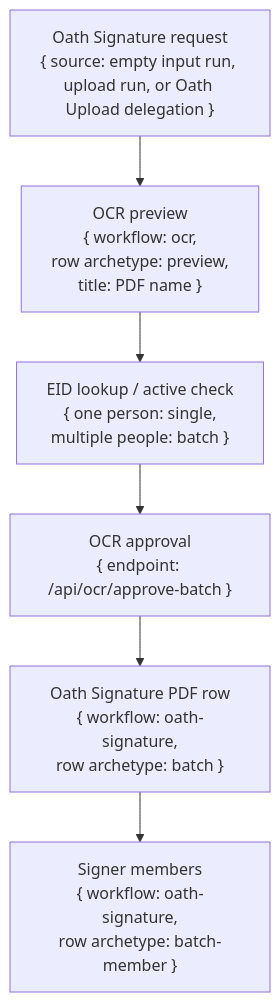
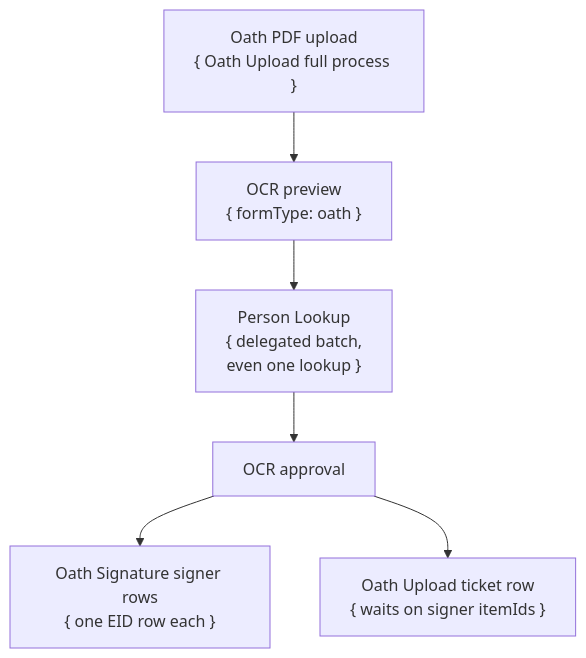
The diagram in docs/workflow/oath-signature.md (julianthant/hr-automation), drawn with Mermaid before and after one commit. The commit also changed other lines of this file and 10 other files, not shown here.

````diff
--- a/docs/workflow/oath-signature.md
+++ b/docs/workflow/oath-signature.md
@@ -40,9 +11,8 @@
 ```mermaid
 flowchart TD
-  A["Oath Signature request<br/>{ source: empty input run, upload run, or Oath Upload delegation }"]
-  A --> B["OCR preview<br/>{ workflow: ocr,<br/>row archetype: preview,<br/>title: PDF name }"]
-  B --> C["EID lookup / active check<br/>{ one person: single,<br/>multiple people: batch }"]
-  C --> D["OCR approval<br/>{ endpoint: /api/ocr/approve-batch }"]
-  D --> E["Oath Signature PDF row<br/>{ workflow: oath-signature,<br/>row archetype: batch }"]
-  E --> F["Signer members<br/>{ workflow: oath-signature,<br/>row archetype: batch-member }"]
+  A["Oath PDF upload<br/>{ Oath Upload full process }"] --> B["OCR preview<br/>{ formType: oath }"]
+  B --> C["Person Lookup<br/>{ delegated batch,<br/>even one lookup }"]
+  C --> D["OCR approval"]
+  D --> E["Oath Signature signer rows<br/>{ one EID row each }"]
+  D --> F["Oath Upload ticket row<br/>{ waits on signer itemIds }"]
 ```
````
